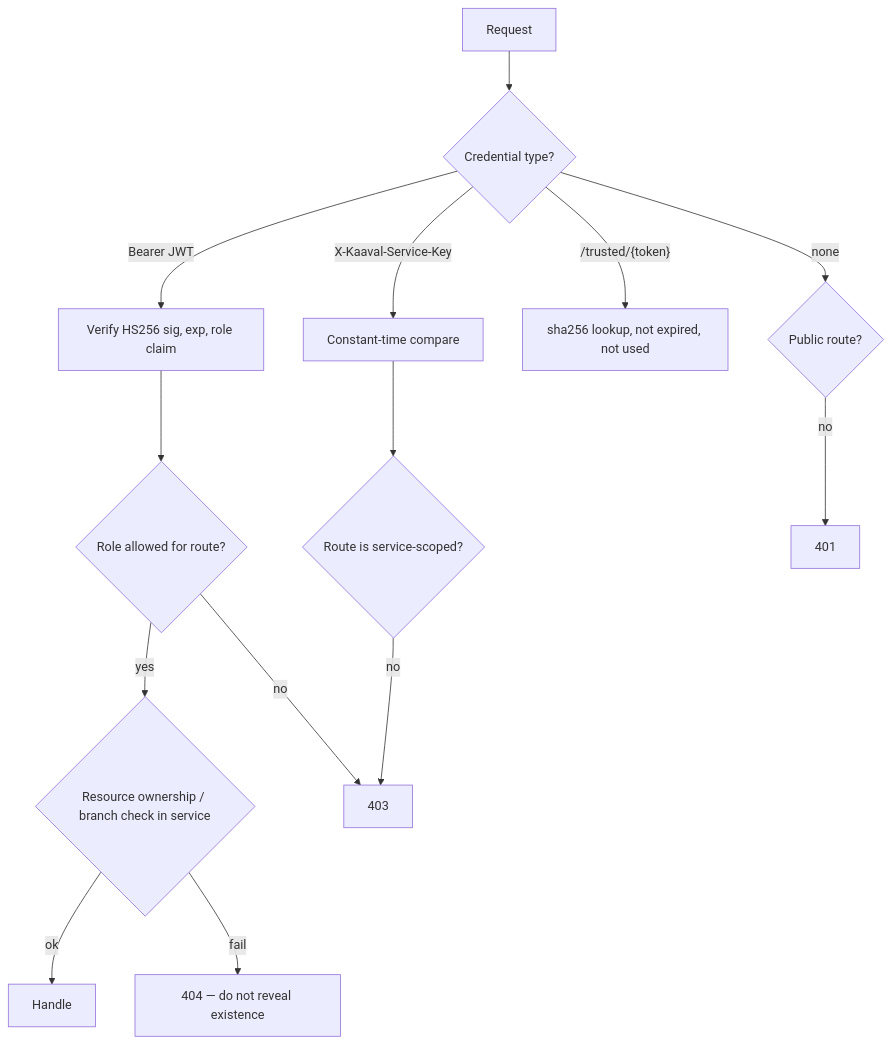
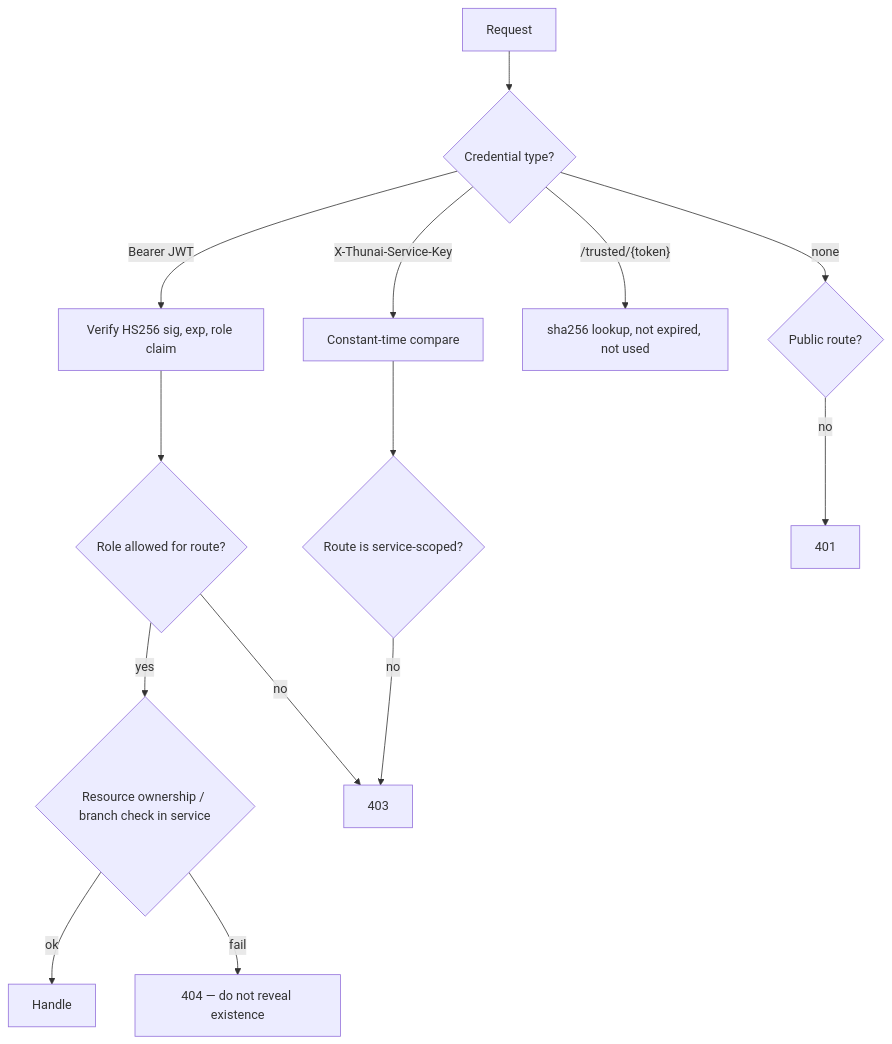
Before and after one commit to Aksh6472/Thunai: the fifth of 5 diagrams in ARCHITECTURE.md, drawn with Mermaid. The commit also changed other lines of this file and 36 other files, not shown here.

First line of the commit message:
refactor: rename product Kaaval AI -> Thunai (full rename, ADR-019)

````diff
--- a/ARCHITECTURE.md
+++ b/ARCHITECTURE.md
@@ -152,14 +152,14 @@
 ```mermaid
 flowchart TD
   R[Request] --> H{Credential type?}
   H -- "Bearer JWT" --> J[Verify HS256 sig, exp, role claim] --> RB{Role allowed for route?}
-  H -- "X-Kaaval-Service-Key" --> K[Constant-time compare] --> SR{Route is service-scoped?}
+  H -- "X-Thunai-Service-Key" --> K[Constant-time compare] --> SR{Route is service-scoped?}
   H -- "/trusted/{token}" --> T[sha256 lookup, not expired, not used]
   H -- none --> P{Public route?}
   RB -- yes --> O{Resource ownership / branch check in service}
   RB -- no --> F403[403]
   SR -- no --> F403
   P -- no --> F401[401]
   O -- ok --> OK[Handle]
   O -- fail --> F404[404 — do not reveal existence]
 ```
````
